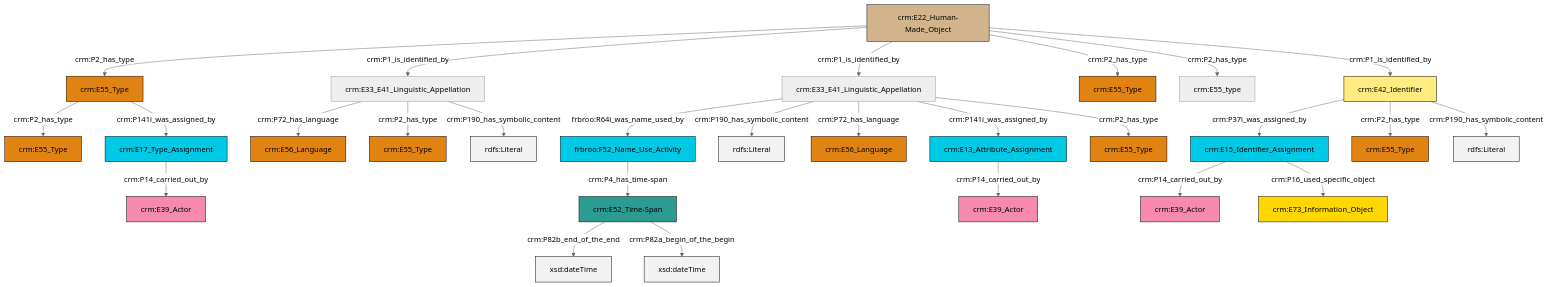
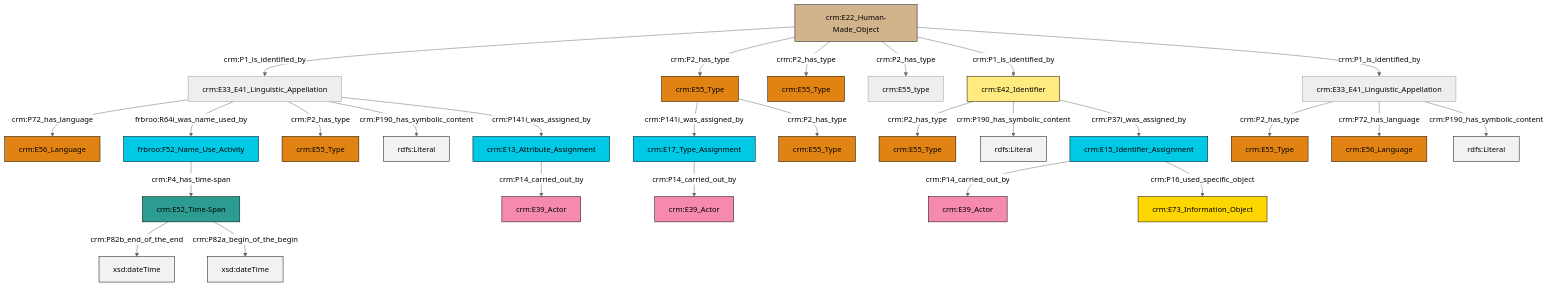
One commit to swiss-art-research-net/docs.swissartresearch changed the diagram in et/builtWorkCSV/ttl/mmd/Built_Work_Names.ttl.mmd. Above: the diagram before and after it, drawn with Mermaid (neutral theme). The commit also changed 178 other files, not shown here.

```diff
--- a/et/builtWorkCSV/ttl/mmd/Built_Work_Names.ttl.mmd
+++ b/et/builtWorkCSV/ttl/mmd/Built_Work_Names.ttl.mmd
@@ -1,41 +1,41 @@
 graph TD
 classDef Literal fill:#f2f2f2,stroke:#000000;
 classDef CRM_Entity fill:#FFFFFF,stroke:#000000;
 classDef Temporal_Entity fill:#00C9E6, stroke:#000000;
 classDef Type fill:#E18312, stroke:#000000;
 classDef Time-Span fill:#2C9C91, stroke:#000000;
 classDef Appellation fill:#FFEB7F, stroke:#000000;
 classDef Place fill:#008836, stroke:#000000;
 classDef Persistent_Item fill:#B266B2, stroke:#000000;
 classDef Conceptual_Object fill:#FFD700, stroke:#000000;
 classDef Physical_Thing fill:#D2B48C, stroke:#000000;
 classDef Actor fill:#f58aad, stroke:#000000;
 classDef PC_Classes fill:#4ce600, stroke:#000000;
 classDef Multi fill:#cccccc,stroke:#000000;
 
-0["frbroo:F52_Name_Use_Activity"]:::Temporal_Entity -->|crm:P4_has_time-span| 1["crm:E52_Time-Span"]:::Time-Span
-2["crm:E42_Identifier"]:::Appellation -->|crm:P37i_was_assigned_by| 3["crm:E15_Identifier_Assignment"]:::Temporal_Entity
-10["crm:E33_E41_Linguistic_Appellation"]:::Default -->|frbroo:R64i_was_name_used_by| 0["frbroo:F52_Name_Use_Activity"]:::Temporal_Entity
-13["crm:E33_E41_Linguistic_Appellation"]:::Default -->|crm:P72_has_language| 11["crm:E56_Language"]:::Type
-10["crm:E33_E41_Linguistic_Appellation"]:::Default -->|crm:P190_has_symbolic_content| 16[rdfs:Literal]:::Literal
-17["crm:E22_Human-Made_Object"]:::Physical_Thing -->|crm:P2_has_type| 18["crm:E55_Type"]:::Type
-22["crm:E17_Type_Assignment"]:::Temporal_Entity -->|crm:P14_carried_out_by| 23["crm:E39_Actor"]:::Actor
-17["crm:E22_Human-Made_Object"]:::Physical_Thing -->|crm:P1_is_identified_by| 13["crm:E33_E41_Linguistic_Appellation"]:::Default
-2["crm:E42_Identifier"]:::Appellation -->|crm:P2_has_type| 24["crm:E55_Type"]:::Type
-1["crm:E52_Time-Span"]:::Time-Span -->|crm:P82b_end_of_the_end| 25[xsd:dateTime]:::Literal
-13["crm:E33_E41_Linguistic_Appellation"]:::Default -->|crm:P2_has_type| 19["crm:E55_Type"]:::Type
-17["crm:E22_Human-Made_Object"]:::Physical_Thing -->|crm:P1_is_identified_by| 10["crm:E33_E41_Linguistic_Appellation"]:::Default
-3["crm:E15_Identifier_Assignment"]:::Temporal_Entity -->|crm:P14_carried_out_by| 8["crm:E39_Actor"]:::Actor
-6["crm:E13_Attribute_Assignment"]:::Temporal_Entity -->|crm:P14_carried_out_by| 4["crm:E39_Actor"]:::Actor
-18["crm:E55_Type"]:::Type -->|crm:P2_has_type| 14["crm:E55_Type"]:::Type
-18["crm:E55_Type"]:::Type -->|crm:P141i_was_assigned_by| 22["crm:E17_Type_Assignment"]:::Temporal_Entity
-2["crm:E42_Identifier"]:::Appellation -->|crm:P190_has_symbolic_content| 32[rdfs:Literal]:::Literal
-3["crm:E15_Identifier_Assignment"]:::Temporal_Entity -->|crm:P16_used_specific_object| 33["crm:E73_Information_Object"]:::Conceptual_Object
-10["crm:E33_E41_Linguistic_Appellation"]:::Default -->|crm:P72_has_language| 30["crm:E56_Language"]:::Type
-17["crm:E22_Human-Made_Object"]:::Physical_Thing -->|crm:P2_has_type| 38["crm:E55_Type"]:::Type
-17["crm:E22_Human-Made_Object"]:::Physical_Thing -->|crm:P2_has_type| 40["crm:E55_type"]:::Default
-1["crm:E52_Time-Span"]:::Time-Span -->|crm:P82a_begin_of_the_begin| 42[xsd:dateTime]:::Literal
-17["crm:E22_Human-Made_Object"]:::Physical_Thing -->|crm:P1_is_identified_by| 2["crm:E42_Identifier"]:::Appellation
-10["crm:E33_E41_Linguistic_Appellation"]:::Default -->|crm:P141i_was_assigned_by| 6["crm:E13_Attribute_Assignment"]:::Temporal_Entity
-10["crm:E33_E41_Linguistic_Appellation"]:::Default -->|crm:P2_has_type| 44["crm:E55_Type"]:::Type
-13["crm:E33_E41_Linguistic_Appellation"]:::Default -->|crm:P190_has_symbolic_content| 48[rdfs:Literal]:::Literal
+2["crm:E22_Human-Made_Object"]:::Physical_Thing -->|crm:P1_is_identified_by| 3["crm:E33_E41_Linguistic_Appellation"]:::Default
+2["crm:E22_Human-Made_Object"]:::Physical_Thing -->|crm:P2_has_type| 4["crm:E55_Type"]:::Type
+10["crm:E17_Type_Assignment"]:::Temporal_Entity -->|crm:P14_carried_out_by| 8["crm:E39_Actor"]:::Actor
+11["crm:E42_Identifier"]:::Appellation -->|crm:P2_has_type| 12["crm:E55_Type"]:::Type
+13["crm:E33_E41_Linguistic_Appellation"]:::Default -->|crm:P2_has_type| 14["crm:E55_Type"]:::Type
+2["crm:E22_Human-Made_Object"]:::Physical_Thing -->|crm:P2_has_type| 15["crm:E55_Type"]:::Type
+3["crm:E33_E41_Linguistic_Appellation"]:::Default -->|crm:P72_has_language| 17["crm:E56_Language"]:::Type
+2["crm:E22_Human-Made_Object"]:::Physical_Thing -->|crm:P2_has_type| 18["crm:E55_type"]:::Default
+3["crm:E33_E41_Linguistic_Appellation"]:::Default -->|frbroo:R64i_was_name_used_by| 20["frbroo:F52_Name_Use_Activity"]:::Temporal_Entity
+3["crm:E33_E41_Linguistic_Appellation"]:::Default -->|crm:P2_has_type| 21["crm:E55_Type"]:::Type
+0["crm:E15_Identifier_Assignment"]:::Temporal_Entity -->|crm:P14_carried_out_by| 5["crm:E39_Actor"]:::Actor
+3["crm:E33_E41_Linguistic_Appellation"]:::Default -->|crm:P190_has_symbolic_content| 23[rdfs:Literal]:::Literal
+4["crm:E55_Type"]:::Type -->|crm:P141i_was_assigned_by| 10["crm:E17_Type_Assignment"]:::Temporal_Entity
+2["crm:E22_Human-Made_Object"]:::Physical_Thing -->|crm:P1_is_identified_by| 11["crm:E42_Identifier"]:::Appellation
+11["crm:E42_Identifier"]:::Appellation -->|crm:P190_has_symbolic_content| 36[rdfs:Literal]:::Literal
+13["crm:E33_E41_Linguistic_Appellation"]:::Default -->|crm:P72_has_language| 37["crm:E56_Language"]:::Type
+2["crm:E22_Human-Made_Object"]:::Physical_Thing -->|crm:P1_is_identified_by| 13["crm:E33_E41_Linguistic_Appellation"]:::Default
+29["crm:E52_Time-Span"]:::Time-Span -->|crm:P82b_end_of_the_end| 38[xsd:dateTime]:::Literal
+24["crm:E13_Attribute_Assignment"]:::Temporal_Entity -->|crm:P14_carried_out_by| 40["crm:E39_Actor"]:::Actor
+0["crm:E15_Identifier_Assignment"]:::Temporal_Entity -->|crm:P16_used_specific_object| 26["crm:E73_Information_Object"]:::Conceptual_Object
+29["crm:E52_Time-Span"]:::Time-Span -->|crm:P82a_begin_of_the_begin| 48[xsd:dateTime]:::Literal
+20["frbroo:F52_Name_Use_Activity"]:::Temporal_Entity -->|crm:P4_has_time-span| 29["crm:E52_Time-Span"]:::Time-Span
+11["crm:E42_Identifier"]:::Appellation -->|crm:P37i_was_assigned_by| 0["crm:E15_Identifier_Assignment"]:::Temporal_Entity
+4["crm:E55_Type"]:::Type -->|crm:P2_has_type| 43["crm:E55_Type"]:::Type
+13["crm:E33_E41_Linguistic_Appellation"]:::Default -->|crm:P190_has_symbolic_content| 50[rdfs:Literal]:::Literal
+3["crm:E33_E41_Linguistic_Appellation"]:::Default -->|crm:P141i_was_assigned_by| 24["crm:E13_Attribute_Assignment"]:::Temporal_Entity
```
